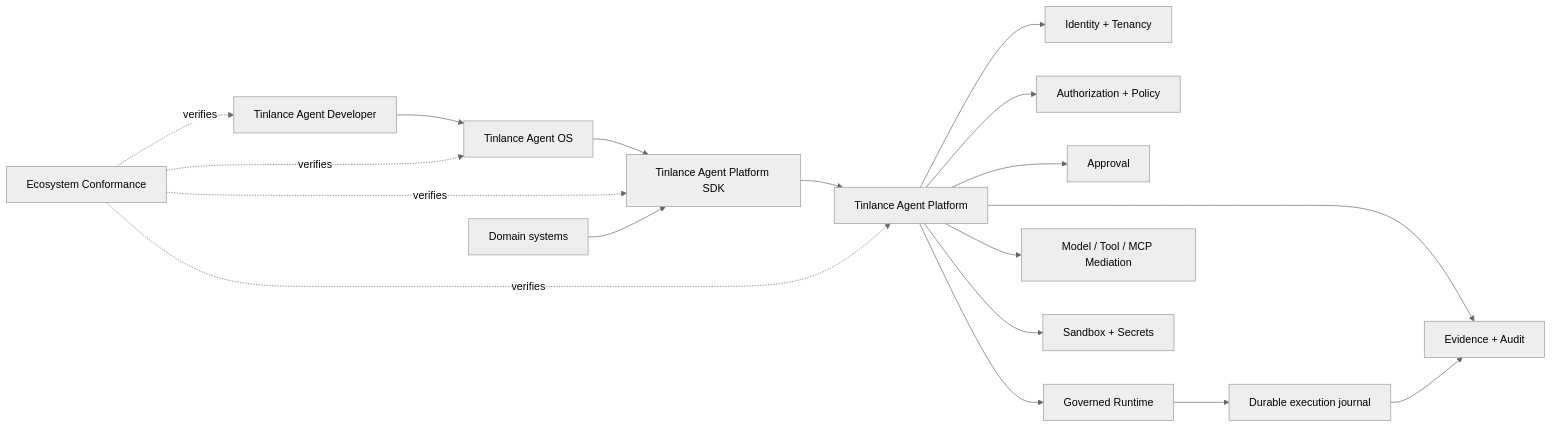
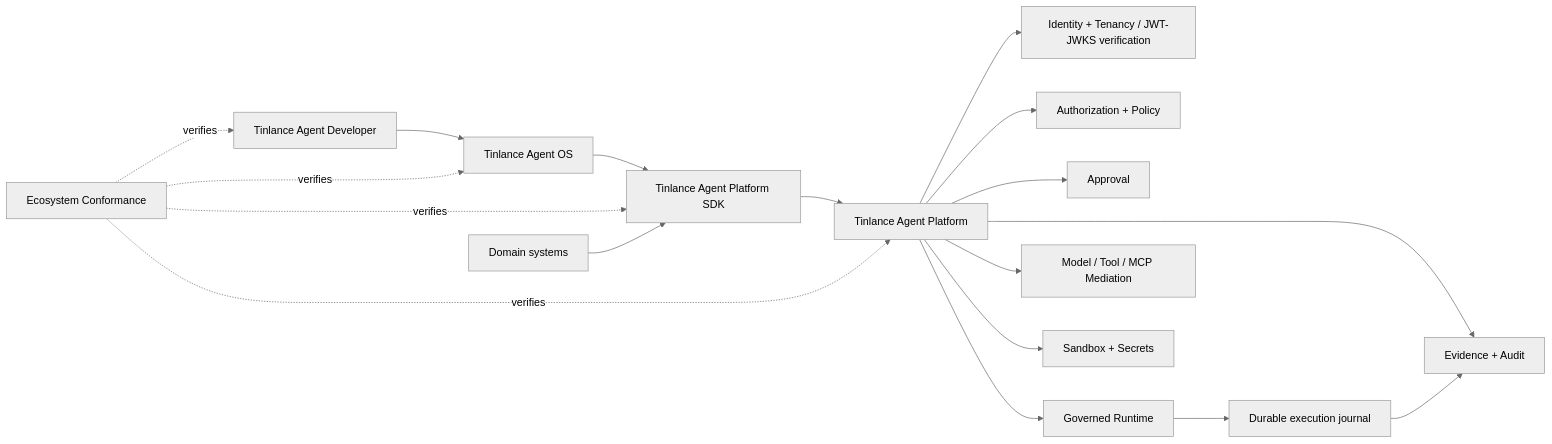
One commit to LloydCoder/tinlance-agent-platform changed the diagram in README.md. Above: the diagram before and after it, drawn with Mermaid (neutral theme). The commit also changed other lines of this file and 7 other files, not shown here.

First line of the commit message:
feat: add production JWT and JWKS identity verification (#69)

```diff
--- a/README.md
+++ b/README.md
@@ -15,20 +15,20 @@
 ~~~mermaid
 flowchart LR
     D[Tinlance Agent Developer] --> OS[Tinlance Agent OS]
     OS --> SDK[Tinlance Agent Platform SDK]
     SDK --> P[Tinlance Agent Platform]
-    P --> ID[Identity + Tenancy]
+    P --> ID[Identity + Tenancy / JWT-JWKS verification]
     P --> AUTH[Authorization + Policy]
     P --> APP[Approval]
     P --> RUN[Governed Runtime]
     RUN --> J[Durable execution journal]
     P --> TOOL[Model / Tool / MCP Mediation]
     P --> SB[Sandbox + Secrets]
     P --> EV[Evidence + Audit]
     J --> EV
     C[Ecosystem Conformance] -. verifies .-> D
     C -. verifies .-> OS
     C -. verifies .-> SDK
     C -. verifies .-> P
     DOMAIN[Domain systems] --> SDK
 ~~~
```
